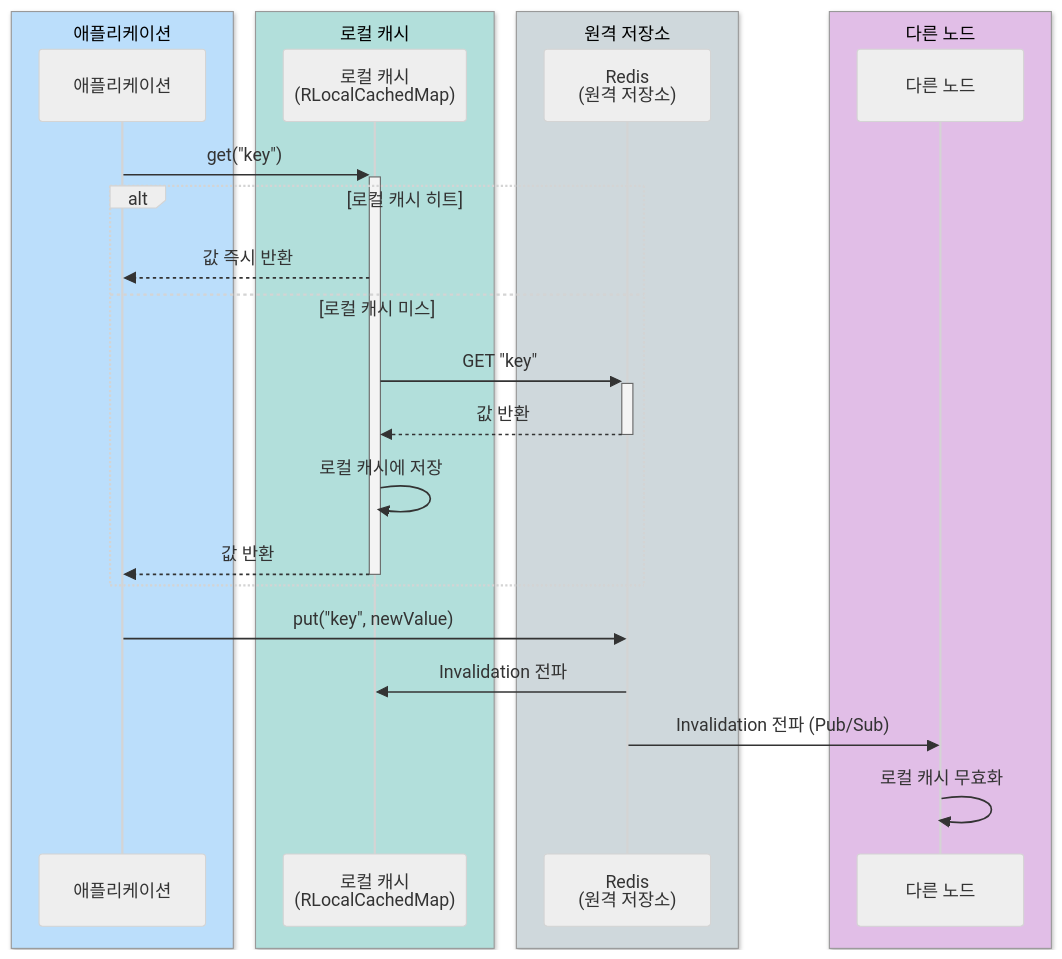
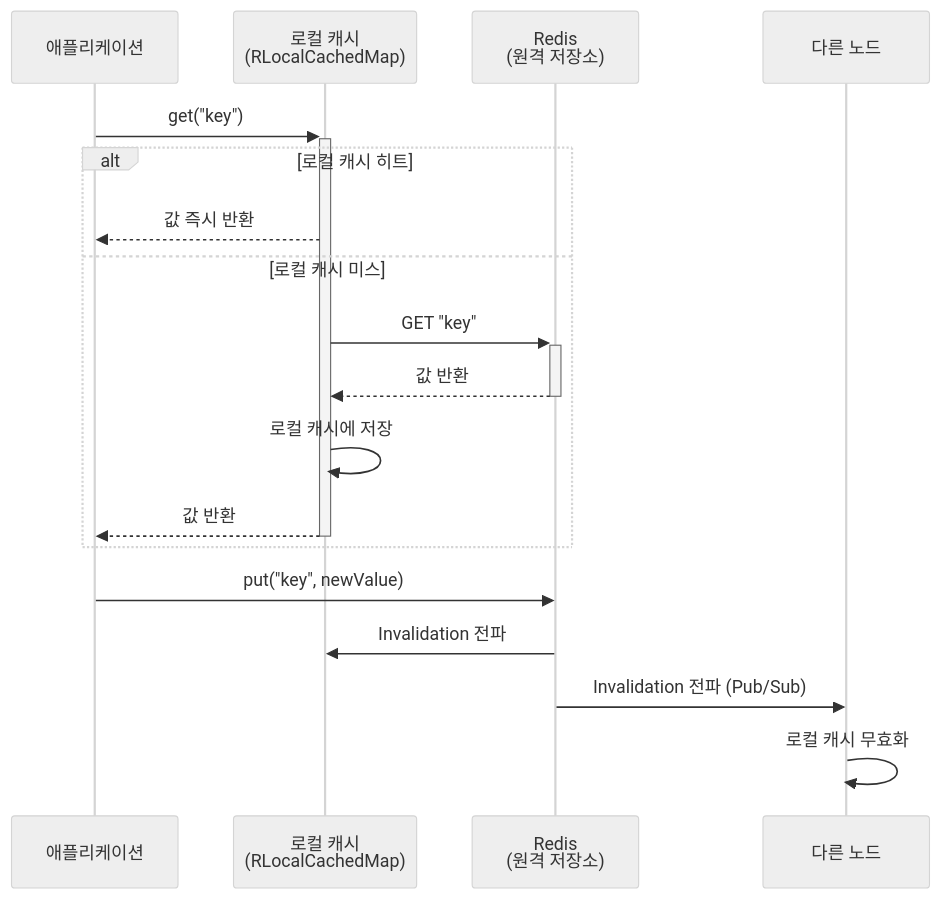
Before and after one commit to bluetape4k/bluetape4k-projects: the third of 4 diagrams in infra/redisson/README.ko.md, drawn with Mermaid (neutral theme). The commit also changed other lines of this file and 219 other files, not shown here.

First line of the commit message:
docs: 전체 README Mermaid 다이어그램 가이드 적용

````diff
--- a/infra/redisson/README.ko.md
+++ b/infra/redisson/README.ko.md
@@ -402,30 +396,22 @@
 ```mermaid
 sequenceDiagram
-    box rgb(187,222,251) 애플리케이션
     participant App as 애플리케이션
-    end
-    box rgb(178,223,219) 로컬 캐시
     participant Local as 로컬 캐시<br/>(RLocalCachedMap)
-    end
-    box rgb(207,216,220) 원격 저장소
     participant Redis as Redis<br/>(원격 저장소)
-    end
-    box rgb(225,190,231) 다른 노드
     participant Other as 다른 노드
-    end
 
     App->>+Local: get("key")
     alt 로컬 캐시 히트
         Local-->>App: 값 즉시 반환
     else 로컬 캐시 미스
         Local->>+Redis: GET "key"
         Redis-->>-Local: 값 반환
         Local->>Local: 로컬 캐시에 저장
         Local-->>-App: 값 반환
     end
 
     App->>Redis: put("key", newValue)
     Redis->>Local: Invalidation 전파
     Redis->>Other: Invalidation 전파 (Pub/Sub)
     Other->>Other: 로컬 캐시 무효화
 ```
````
